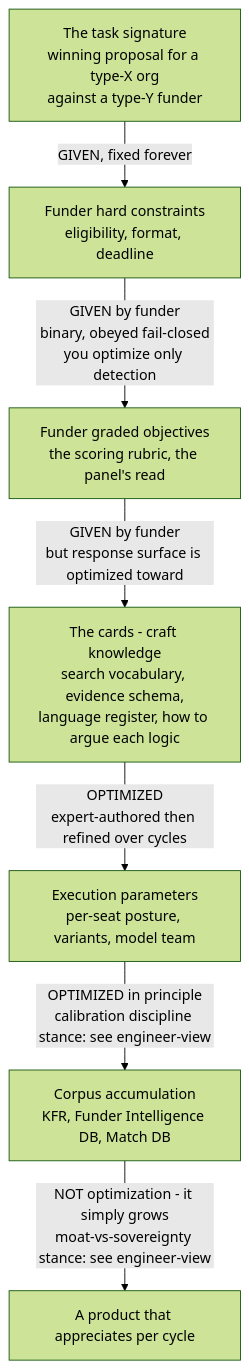
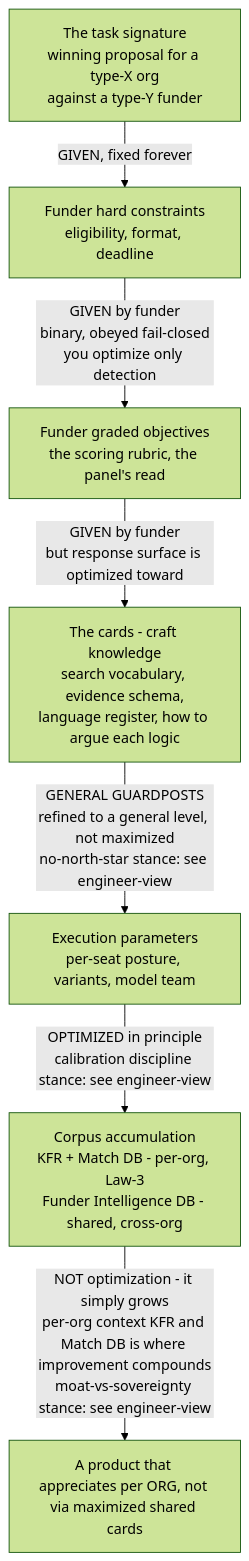
The second of 3 diagrams in projects/goldenquill/victor/system-view.md (cyberAlchemyAI/domainspec-core), drawn with Mermaid (forest theme) before and after one commit. The commit also changed other lines of this file and 3 other files, not shown here.

First line of the commit message:
goldenquill: add victor explainer set (engineer + ontology views) and reconcile guardposts stance

````diff
--- a/projects/goldenquill/victor/system-view.md
+++ b/projects/goldenquill/victor/system-view.md
@@ -152,9 +162,9 @@
 ```mermaid
 flowchart TD
   T[The task signature<br/>winning proposal for a type-X org<br/>against a type-Y funder] -->|GIVEN, fixed forever| L1
   L1[Funder hard constraints<br/>eligibility, format, deadline] -->|GIVEN by funder<br/>binary, obeyed fail-closed<br/>you optimize only detection| L2
   L2[Funder graded objectives<br/>the scoring rubric, the panel's read] -->|GIVEN by funder<br/>but response surface is optimized toward| L3
-  L3[The cards - craft knowledge<br/>search vocabulary, evidence schema,<br/>language register, how to argue each logic] -->|OPTIMIZED<br/>expert-authored then refined over cycles| L4
+  L3[The cards - craft knowledge<br/>search vocabulary, evidence schema,<br/>language register, how to argue each logic] -->|GENERAL GUARDPOSTS<br/>refined to a general level, not maximized<br/>no-north-star stance: see engineer-view| L4
   L4[Execution parameters<br/>per-seat posture, variants, model team] -->|OPTIMIZED in principle<br/>calibration discipline stance: see engineer-view| C
-  C[Corpus accumulation<br/>KFR, Funder Intelligence DB, Match DB] -->|NOT optimization - it simply grows<br/>moat-vs-sovereignty stance: see engineer-view| V[A product that appreciates per cycle]
+  C[Corpus accumulation<br/>KFR + Match DB - per-org, Law-3<br/>Funder Intelligence DB - shared, cross-org] -->|NOT optimization - it simply grows<br/>per-org context KFR and Match DB is where improvement compounds<br/>moat-vs-sovereignty stance: see engineer-view| V[A product that appreciates per ORG, not via maximized shared cards]
 ```
````
